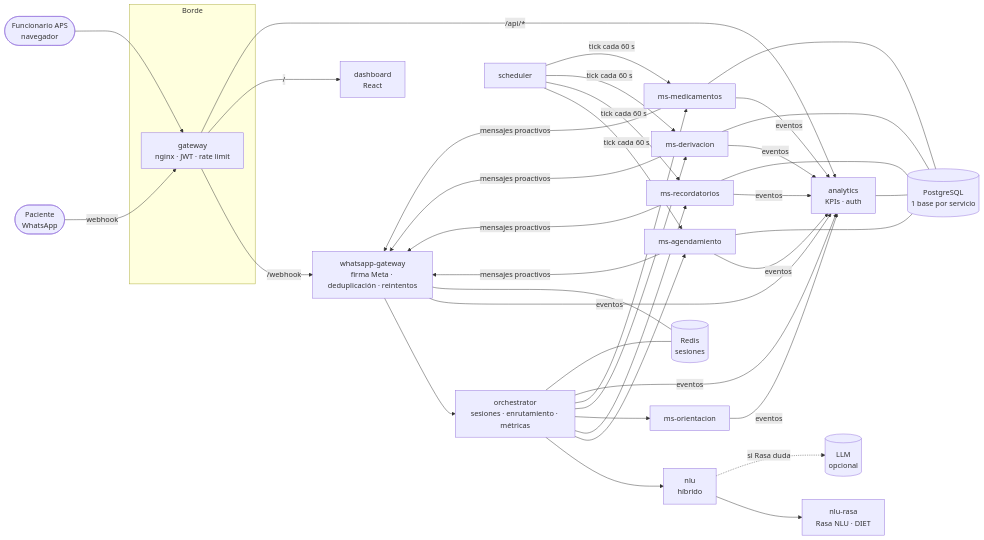
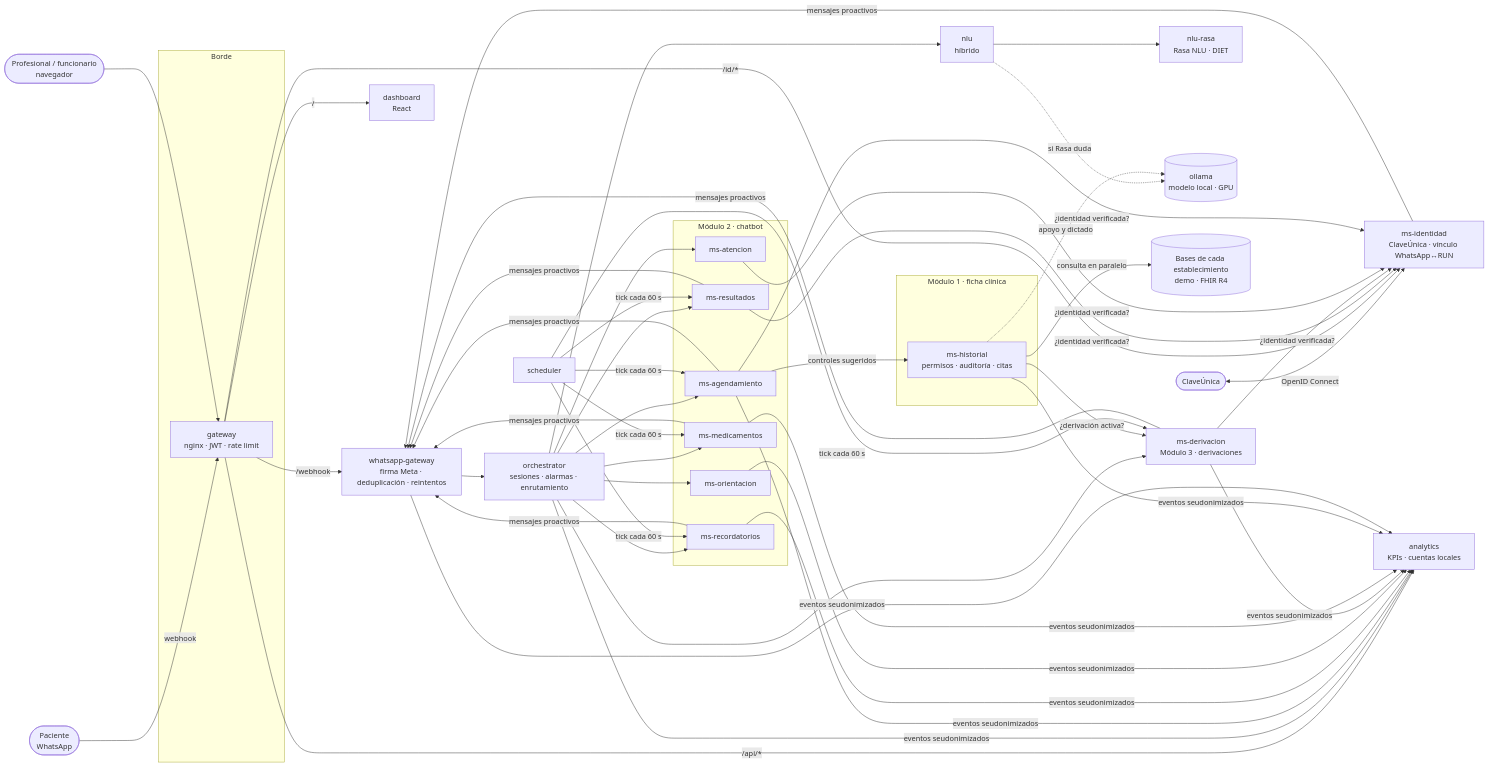
The first of 2 diagrams in docs/ARQUITECTURA.md (EstebanSalgad0/MedicAI), drawn with Mermaid before and after one commit. The commit also changed other lines of this file and 64 other files, not shown here.

First line of the commit message:
Adapta MedicAI al system prompt: ficha clínica, ClaveÚnica y gestión de agendas y derivaciones

````diff
--- a/docs/ARQUITECTURA.md
+++ b/docs/ARQUITECTURA.md
@@ -5,37 +5,44 @@
 ```mermaid
 flowchart LR
     P([Paciente<br/>WhatsApp]) -->|webhook| GW
-    F([Funcionario APS<br/>navegador]) --> GW
+    F([Profesional / funcionario<br/>navegador]) --> GW
+    CU([ClaveÚnica]) <-->|OpenID Connect| ID
 
     subgraph borde[Borde]
         GW[gateway<br/>nginx · JWT · rate limit]
     end
 
     GW -->|/webhook| WA[whatsapp-gateway<br/>firma Meta · deduplicación · reintentos]
     GW -->|/| DASH[dashboard<br/>React]
+    GW -->|/id/*| ID[ms-identidad<br/>ClaveÚnica · vínculo WhatsApp↔RUN]
     GW -->|/api/*| AN
 
-    WA --> ORQ[orchestrator<br/>sesiones · enrutamiento · métricas]
+    WA --> ORQ[orchestrator<br/>sesiones · alarmas · enrutamiento]
     ORQ --> NLU[nlu<br/>híbrido]
     NLU --> RASA[nlu-rasa<br/>Rasa NLU · DIET]
-    NLU -.->|si Rasa duda| LLM[(LLM<br/>opcional)]
+    NLU -.->|si Rasa duda| LLM[(ollama<br/>modelo local · GPU)]
 
-    ORQ --> AGD[ms-agendamiento]
-    ORQ --> REC[ms-recordatorios]
-    ORQ --> ORI[ms-orientacion]
-    ORQ --> DER[ms-derivacion]
-    ORQ --> MED[ms-medicamentos]
+    subgraph m2[Módulo 2 · chatbot]
+        AGD[ms-agendamiento]
+        REC[ms-recordatorios]
+        ORI[ms-orientacion]
+        MED[ms-medicamentos]
+        RES[ms-resultados]
+        ATE[ms-atencion]
+    end
+    subgraph m1[Módulo 1 · ficha clínica]
+        HIS[ms-historial<br/>permisos · auditoría · citas]
+    end
+    DER[ms-derivacion<br/>Módulo 3 · derivaciones]
 
-    SCH[scheduler] -->|tick cada 60 s| AGD & REC & DER & MED
-    AGD & REC & DER & MED -->|mensajes proactivos| WA
+    ORQ --> AGD & REC & ORI & DER & MED & RES & ATE
+    RES & DER & ATE & AGD -->|¿identidad verificada?| ID
+    HIS -->|consulta en paralelo| FU[(Bases de cada establecimiento<br/>demo · FHIR R4)]
+    HIS -.->|apoyo y dictado| LLM
+    AGD -->|controles sugeridos| HIS
+    HIS -->|¿derivación activa?| DER
 
-    ORQ & AGD & REC & ORI & DER & MED & WA -->|eventos| AN[analytics<br/>KPIs · auth]
-
-    ORQ --- REDIS[(Redis<br/>sesiones)]
-    WA --- REDIS
-    AGD --- PG[(PostgreSQL<br/>1 base por servicio)]
-    REC --- PG
-    DER --- PG
-    MED --- PG
-    AN --- PG
+    SCH[scheduler] -->|tick cada 60 s| AGD & REC & DER & MED & RES
+    AGD & REC & DER & MED & RES & ID -->|mensajes proactivos| WA
+    ORQ & AGD & REC & ORI & DER & MED & HIS & WA -->|eventos seudonimizados| AN[analytics<br/>KPIs · cuentas locales]
 ```
````
